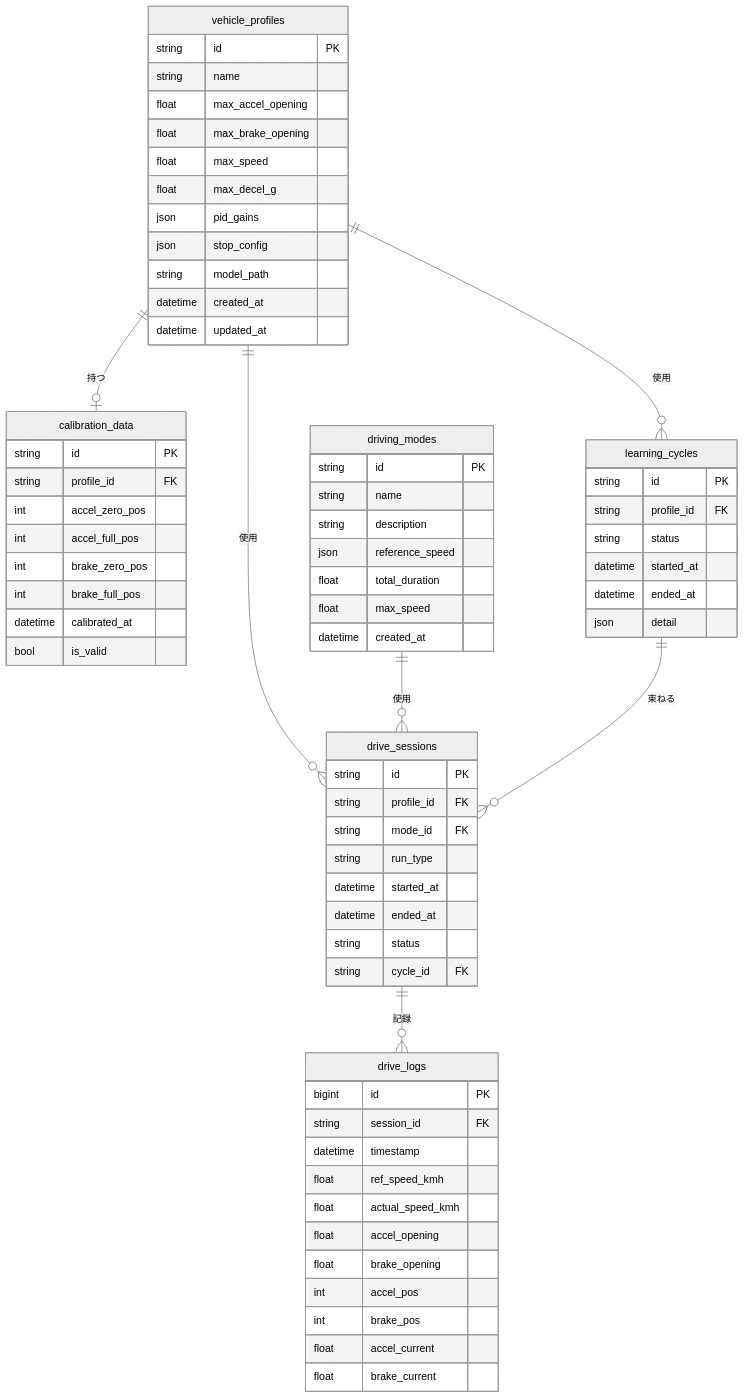
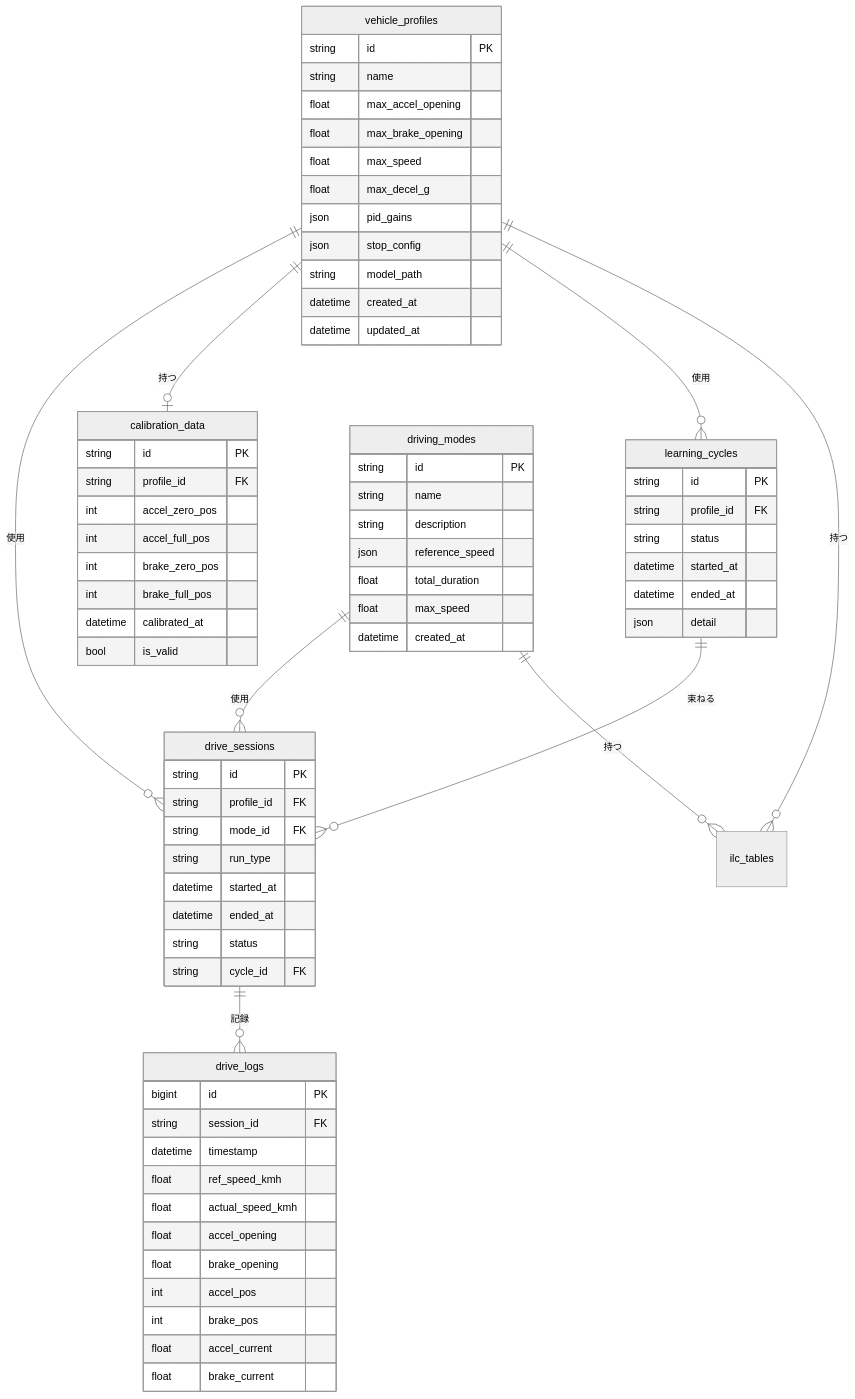
The second of 11 diagrams in docs/functional-design.md (sskkusk1219/driving_robot), drawn with Mermaid (neutral theme) before and after one commit. The commit also changed other lines of this file and 108 other files, not shown here.

````diff
--- a/docs/functional-design.md
+++ b/docs/functional-design.md
@@ -247,78 +264,80 @@
 ```mermaid
 erDiagram
     vehicle_profiles ||--o{ drive_sessions : "使用"
     vehicle_profiles ||--o| calibration_data : "持つ"
     vehicle_profiles ||--o{ learning_cycles : "使用"
+    vehicle_profiles ||--o{ ilc_tables : "持つ"
     driving_modes ||--o{ drive_sessions : "使用"
+    driving_modes ||--o{ ilc_tables : "持つ"
     drive_sessions ||--o{ drive_logs : "記録"
     learning_cycles ||--o{ drive_sessions : "束ねる"
 
     vehicle_profiles {
         string id PK
         string name
         float max_accel_opening
         float max_brake_opening
         float max_speed
         float max_decel_g
         json pid_gains
         json stop_config
         string model_path
         datetime created_at
         datetime updated_at
     }
 
     calibration_data {
         string id PK
         string profile_id FK
         int accel_zero_pos
         int accel_full_pos
         int brake_zero_pos
         int brake_full_pos
         datetime calibrated_at
         bool is_valid
     }
 
     driving_modes {
         string id PK
         string name
         string description
         json reference_speed
         float total_duration
         float max_speed
         datetime created_at
     }
 
     drive_sessions {
         string id PK
         string profile_id FK
         string mode_id FK
         string run_type
         datetime started_at
         datetime ended_at
         string status
         string cycle_id FK
     }
 
     learning_cycles {
         string id PK
         string profile_id FK
         string status
         datetime started_at
         datetime ended_at
         json detail
     }
 
     drive_logs {
         bigint id PK
         string session_id FK
         datetime timestamp
         float ref_speed_kmh
         float actual_speed_kmh
         float accel_opening
         float brake_opening
         int accel_pos
         int brake_pos
         float accel_current
         float brake_current
     }
 ```
````
